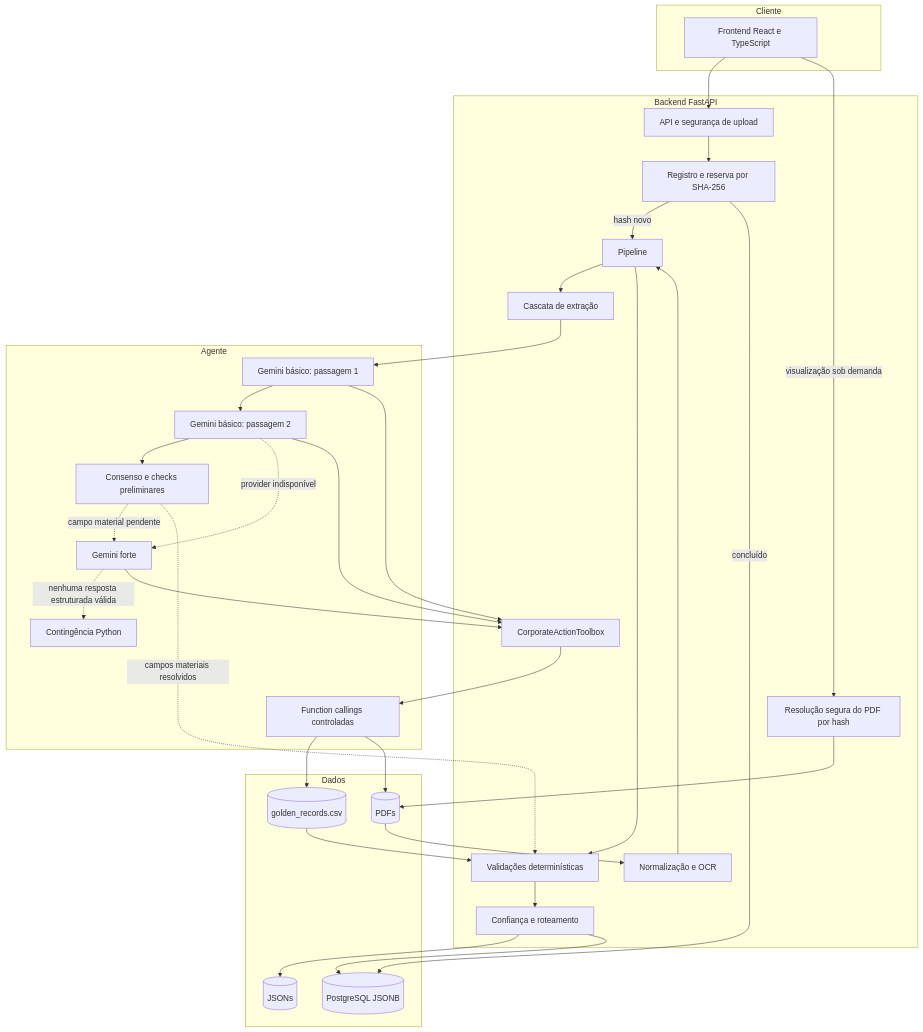
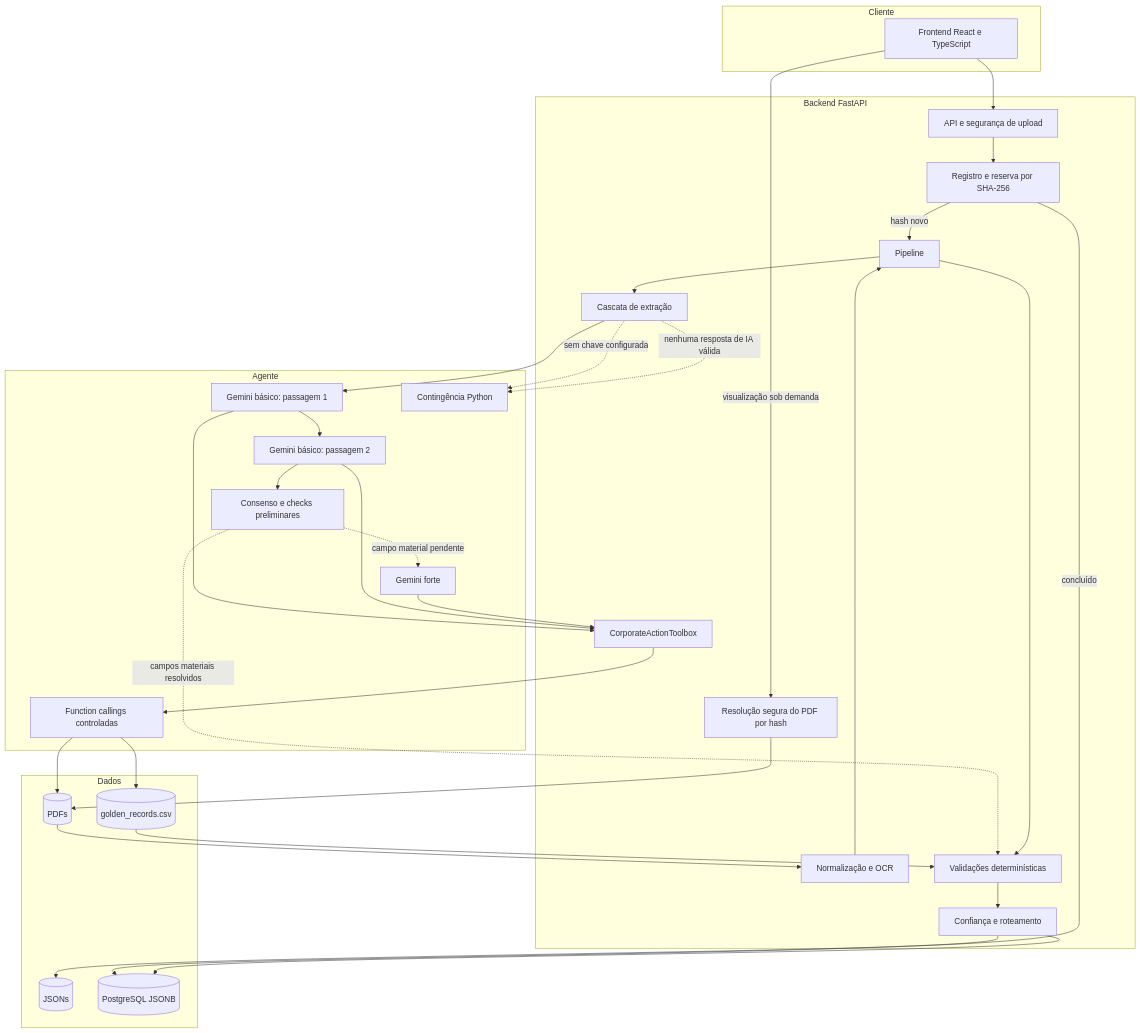
Before and after one commit to GMiraaa/fintrace: the diagram in f_docs/b_architecture/architecture-decisions.md, drawn with Mermaid. The commit also changed other lines of this file and 34 other files, not shown here.

````diff
--- a/f_docs/b_architecture/architecture-decisions.md
+++ b/f_docs/b_architecture/architecture-decisions.md
@@ -8,53 +8,53 @@
 ```mermaid
 flowchart TB
     subgraph Cliente
         FE[Frontend React e TypeScript]
     end
     subgraph Backend FastAPI
         HTTP[API e segurança de upload]
         REG[Registro e reserva por SHA-256]
         VIEW[Resolução segura do PDF por hash]
         ORCH[Pipeline]
         PRE[Normalização e OCR]
         EXT[Cascata de extração]
         TOOLBOX[CorporateActionToolbox]
         VAL[Validações determinísticas]
         CR[Confiança e roteamento]
     end
     subgraph Agente
         BASIC1[Gemini básico: passagem 1]
         BASIC2[Gemini básico: passagem 2]
         CHECKS[Consenso e checks preliminares]
         STRONG[Gemini forte]
         PY[Contingência Python]
         FC[Function callings controladas]
     end
     subgraph Dados
         INPUT[(PDFs)]
         GOLDEN[(golden_records.csv)]
         OUTPUT[(JSONs)]
         PG[(PostgreSQL JSONB)]
     end
 
     FE --> HTTP --> REG
     REG -->|hash novo| ORCH
     REG -->|concluído| PG
     FE -->|visualização sob demanda| VIEW
     VIEW --> INPUT
     INPUT --> PRE --> ORCH
     ORCH --> EXT
     EXT --> BASIC1 --> BASIC2 --> CHECKS
     CHECKS -. campo material pendente .-> STRONG
     CHECKS -. campos materiais resolvidos .-> VAL
-    BASIC2 -. provider indisponível .-> STRONG
-    STRONG -. nenhuma resposta estruturada válida .-> PY
+    EXT -. sem chave configurada .-> PY
+    EXT -. nenhuma resposta de IA válida .-> PY
     BASIC1 --> TOOLBOX
     BASIC2 --> TOOLBOX
     STRONG --> TOOLBOX
     TOOLBOX --> FC
     FC --> GOLDEN
     FC --> INPUT
     ORCH --> VAL --> CR --> OUTPUT
     CR --> PG
     GOLDEN --> VAL
 ```
````
